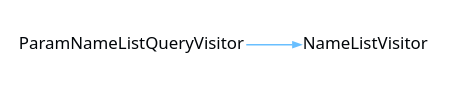
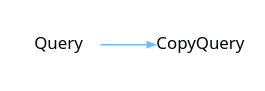
Before and after one commit to CharlesCarley/MdDox: the diagram in Current/images/internal-diagram-15.dot, drawn with Graphviz. The commit also changed 834 other files, not shown here.

```diff
--- a/Current/images/internal-diagram-15.dot
+++ b/Current/images/internal-diagram-15.dot
@@ -1,26 +1,26 @@
 digraph {
  rankdir = "LR"
  bgcolor = none;
  layout  = dot;
  edge [
    arrowsize = "0.5"
    color     = "#69BFFFFF"
  ]
- dyrubES[
+ Wgl8MA2[
    shape    = none
-   label    = "ParamNameListQueryVisitor"
+   label    = "Query"
    margin   = "0.01"
    fontname = "Segoe UI"
    fontsize = "11"
    fontcolor= "#010509FF"
  ]
- dfZubES[
+ WnH8MA2[
    shape    = none
-   label    = "NameListVisitor"
+   label    = "CopyQuery"
    margin   = "0.01"
    fontname = "Segoe UI"
    fontsize = "11"
    fontcolor= "#010509FF"
  ]
- dyrubES->dfZubES
+ Wgl8MA2->WnH8MA2
 }
```
